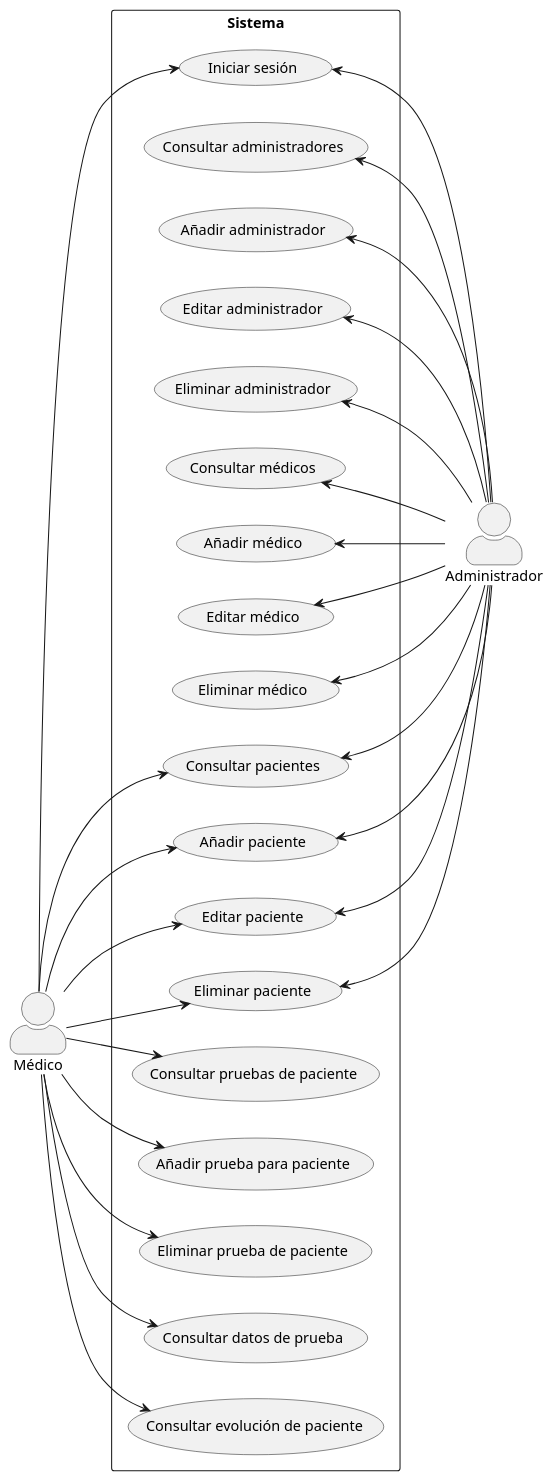
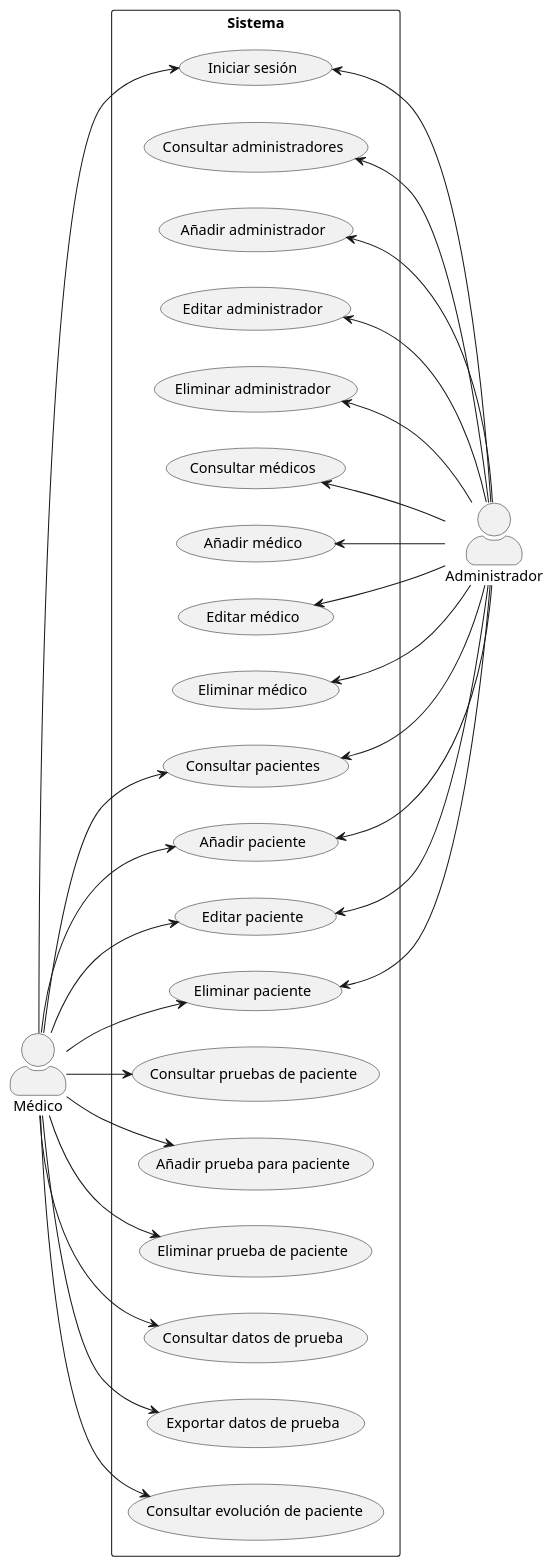
The first of 2 diagrams in templateAPP/input/chapters/04_resultado.md (TFG-SGM/memoria), drawn with PlantUML before and after one commit. The commit also changed other lines of this file and 19 other files, not shown here.

````diff
--- a/templateAPP/input/chapters/04_resultado.md
+++ b/templateAPP/input/chapters/04_resultado.md
@@ -11,51 +11,53 @@
 ```{.plantuml #capitulo4:diagrama-casos-uso caption="Diagrama de casos de uso" frame=single}
 @startuml
 skinparam actorStyle awesome
 left to right direction
 rectangle Sistema {
 	usecase (Iniciar sesión)
 	usecase (Consultar administradores)
 	usecase (Añadir administrador)
 	usecase (Editar administrador)
 	usecase (Eliminar administrador)
 	usecase (Consultar médicos)
 	usecase (Añadir médico)
 	usecase (Editar médico)
 	usecase (Eliminar médico)
 	usecase (Consultar pacientes)
 	usecase (Añadir paciente)
 	usecase (Editar paciente)
 	usecase (Eliminar paciente)
 	usecase (Consultar pruebas de paciente)
 	usecase (Añadir prueba para paciente)
 	usecase (Eliminar prueba de paciente)
 	usecase (Consultar datos de prueba)
+	usecase (Exportar datos de prueba)
 	usecase (Consultar evolución de paciente)
 }
 
 Médico --> (Iniciar sesión)
 Médico --> (Consultar pacientes)
 Médico --> (Añadir paciente)
 Médico --> (Editar paciente)
 Médico --> (Eliminar paciente)
 Médico --> (Consultar pruebas de paciente)
 Médico --> (Añadir prueba para paciente)
 Médico --> (Eliminar prueba de paciente)
 Médico --> (Consultar datos de prueba)
+Médico --> (Exportar datos de prueba)
 Médico --> (Consultar evolución de paciente)
 
 (Iniciar sesión) <-- Administrador
 (Consultar administradores) <-- Administrador
 (Añadir administrador) <-- Administrador
 (Editar administrador) <-- Administrador
 (Eliminar administrador) <-- Administrador
 (Consultar médicos) <-- Administrador
 (Añadir médico) <-- Administrador
 (Editar médico) <-- Administrador
 (Eliminar médico) <-- Administrador
 (Consultar pacientes) <-- Administrador
 (Añadir paciente) <-- Administrador
 (Editar paciente) <-- Administrador
 (Eliminar paciente) <-- Administrador
 @enduml
 ```
````
